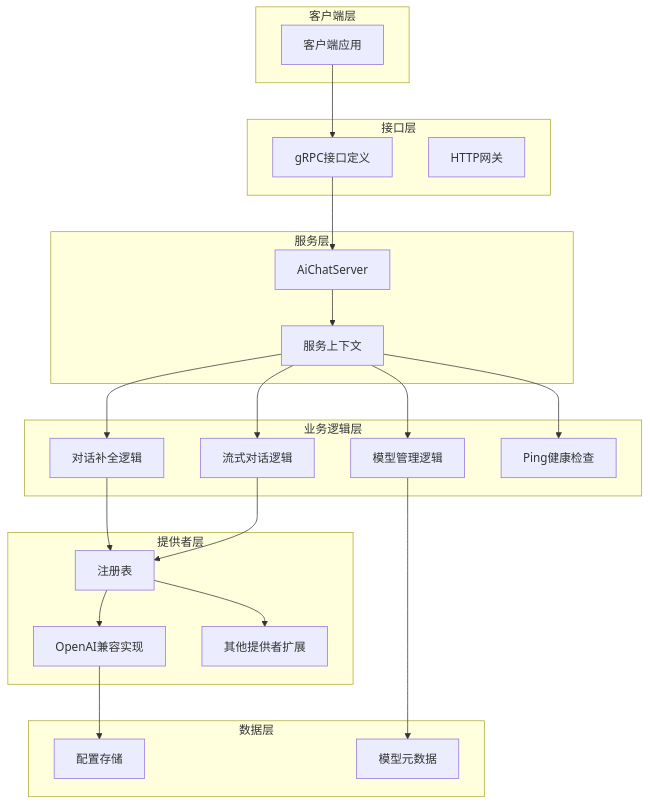
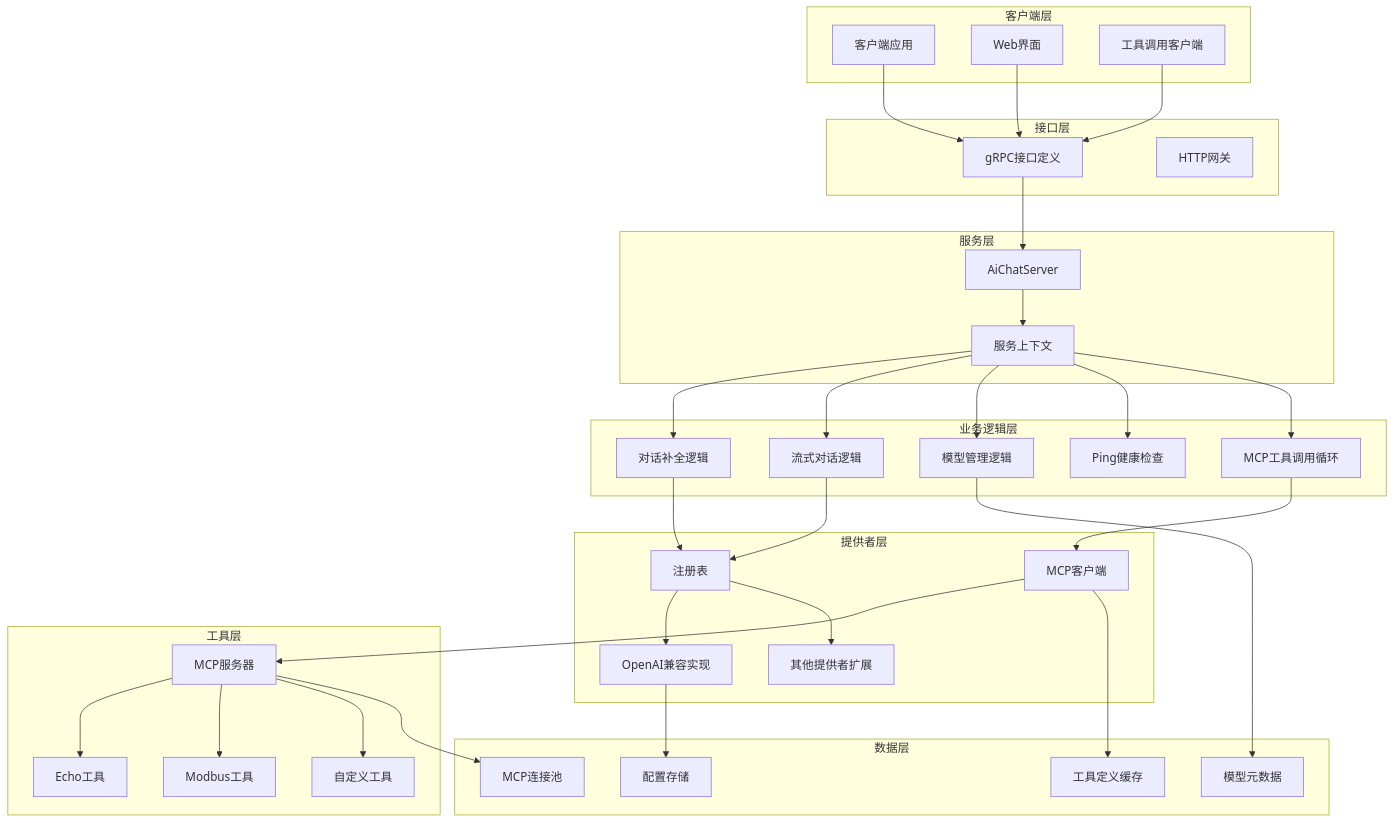
One commit to maomao94/zero-service changed the second of 8 diagrams in .qoder/repowiki/zh/content/核心服务详解/AI聊天服务.md. Above: the diagram before and after it, drawn with Mermaid. The commit also changed other lines of this file and 8 other files, not shown here.

````diff
--- a/.qoder/repowiki/zh/content/核心服务详解/AI聊天服务.md
+++ b/.qoder/repowiki/zh/content/核心服务详解/AI聊天服务.md
@@ -150,42 +175,64 @@
 ```mermaid
 graph TB
 subgraph "客户端层"
 A[客户端应用]
+B[Web界面]
+C[工具调用客户端]
 end
 subgraph "接口层"
-B[gRPC接口定义]
-C[HTTP网关]
+D[gRPC接口定义]
+E[HTTP网关]
 end
 subgraph "服务层"
-D[AiChatServer]
-E[服务上下文]
+F[AiChatServer]
+G[服务上下文]
 end
 subgraph "业务逻辑层"
-F[对话补全逻辑]
-G[流式对话逻辑]
-H[模型管理逻辑]
-I[Ping健康检查]
+H[对话补全逻辑]
+I[流式对话逻辑]
+J[模型管理逻辑]
+K[Ping健康检查]
+L[MCP工具调用循环]
 end
 subgraph "提供者层"
-J[注册表]
-K[OpenAI兼容实现]
-L[其他提供者扩展]
+M[注册表]
+N[OpenAI兼容实现]
+O[其他提供者扩展]
+P[MCP客户端]
+end
+subgraph "工具层"
+Q[MCP服务器]
+R[Echo工具]
+S[Modbus工具]
+T[自定义工具]
 end
 subgraph "数据层"
-M[配置存储]
-N[模型元数据]
+U[配置存储]
+V[模型元数据]
+W[工具定义缓存]
+X[MCP连接池]
 end
-A --> B
+A --> D
 B --> D
-D --> E
-E --> F
-E --> G
-E --> H
-E --> I
-F --> J
+C --> D
+D --> F
+F --> G
+G --> H
+G --> I
 G --> J
-J --> K
-J --> L
-K --> M
-H --> N
+G --> K
+G --> L
+H --> M
+I --> M
+L --> P
+M --> N
+M --> O
+P --> Q
+Q --> R
+Q --> S
+Q --> T
+P --> W
+Q --> X
+N --> U
+J --> V
 ```
````
